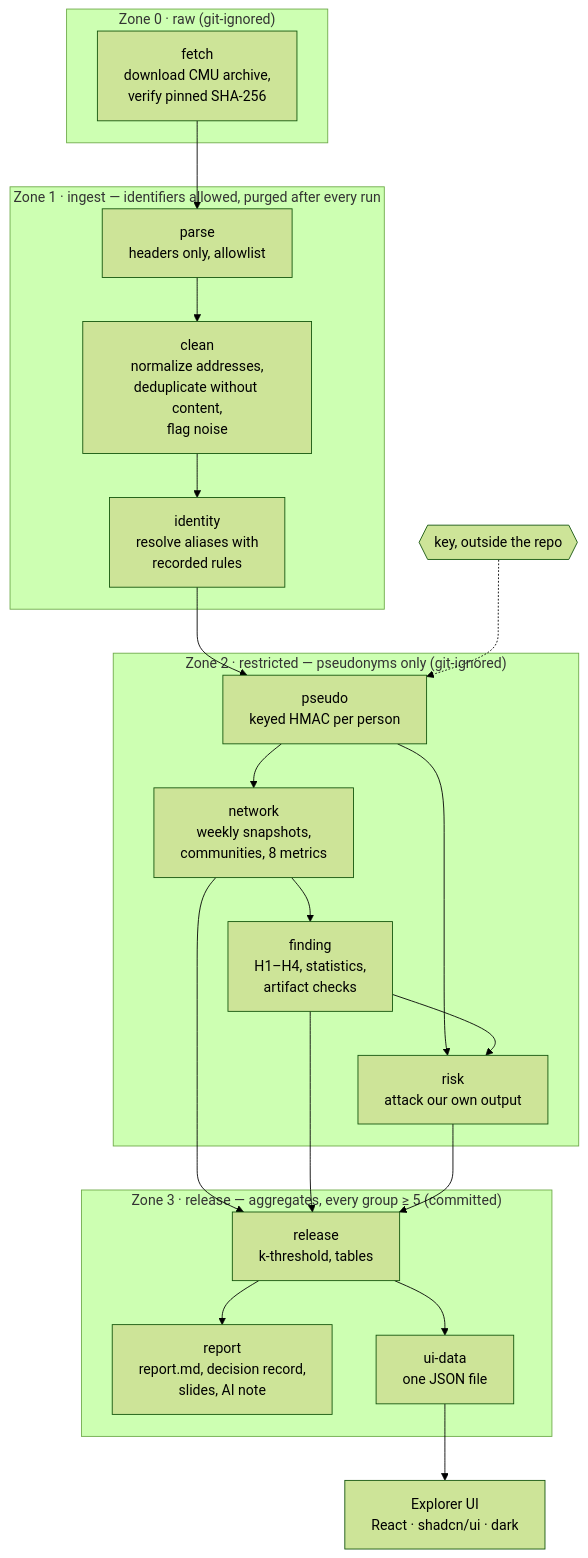
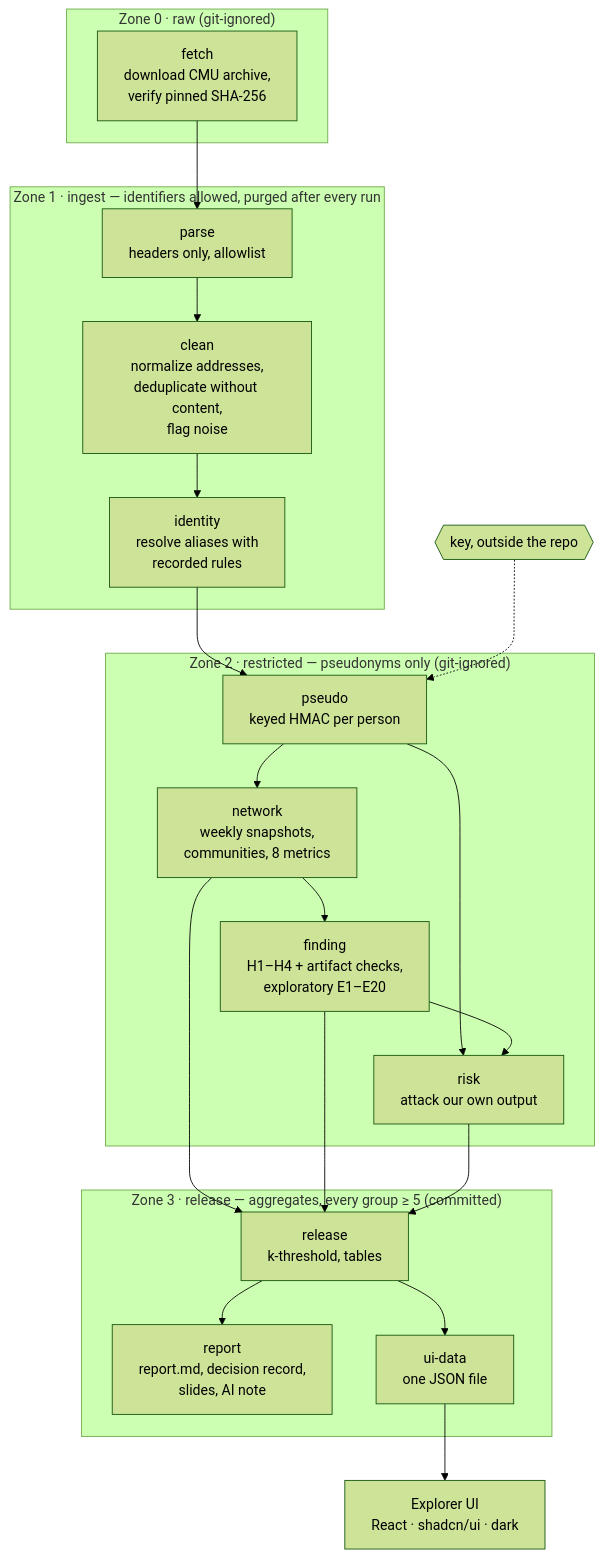
One commit to marcusvieira88/network-science changed the second of 6 diagrams in README.md. Above: the diagram before and after it, drawn with Mermaid (forest theme). The commit also changed other lines of this file, not shown here.

Commit message:
README: exploratory results, manual identity check, typing and review skills

````diff
--- a/README.md
+++ b/README.md
@@ -122,35 +133,35 @@
 ```mermaid
 flowchart TB
     subgraph Z0["Zone 0 · raw (git-ignored)"]
         DL["fetch<br/>download CMU archive,<br/>verify pinned SHA-256"]
     end
     subgraph Z1["Zone 1 · ingest — identifiers allowed, purged after every run"]
         P["parse<br/>headers only, allowlist"]
         C["clean<br/>normalize addresses,<br/>deduplicate without content,<br/>flag noise"]
         I["identity<br/>resolve aliases with<br/>recorded rules"]
     end
     subgraph Z2["Zone 2 · restricted — pseudonyms only (git-ignored)"]
         PS["pseudo<br/>keyed HMAC per person"]
         N["network<br/>weekly snapshots,<br/>communities, 8 metrics"]
-        F["finding<br/>H1–H4, statistics,<br/>artifact checks"]
+        F["finding<br/>H1–H4 + artifact checks,<br/>exploratory E1–E20"]
         RK["risk<br/>attack our own output"]
     end
     subgraph Z3["Zone 3 · release — aggregates, every group ≥ 5 (committed)"]
         RL["release<br/>k-threshold, tables"]
         RP["report<br/>report.md, decision record,<br/>slides, AI note"]
         UX["ui-data<br/>one JSON file"]
     end
     UI["Explorer UI<br/>React · shadcn/ui · dark"]
     KEY{{"key, outside the repo"}}
 
     DL --> P --> C --> I --> PS
     KEY -.-> PS
     PS --> N --> F
     PS --> RK
     F --> RK
     N --> RL
     F --> RL
     RK --> RL
     RL --> RP
     RL --> UX --> UI
 ```
````
